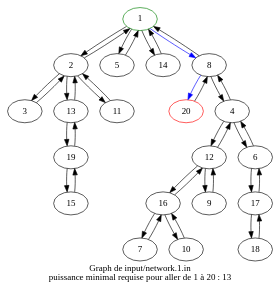
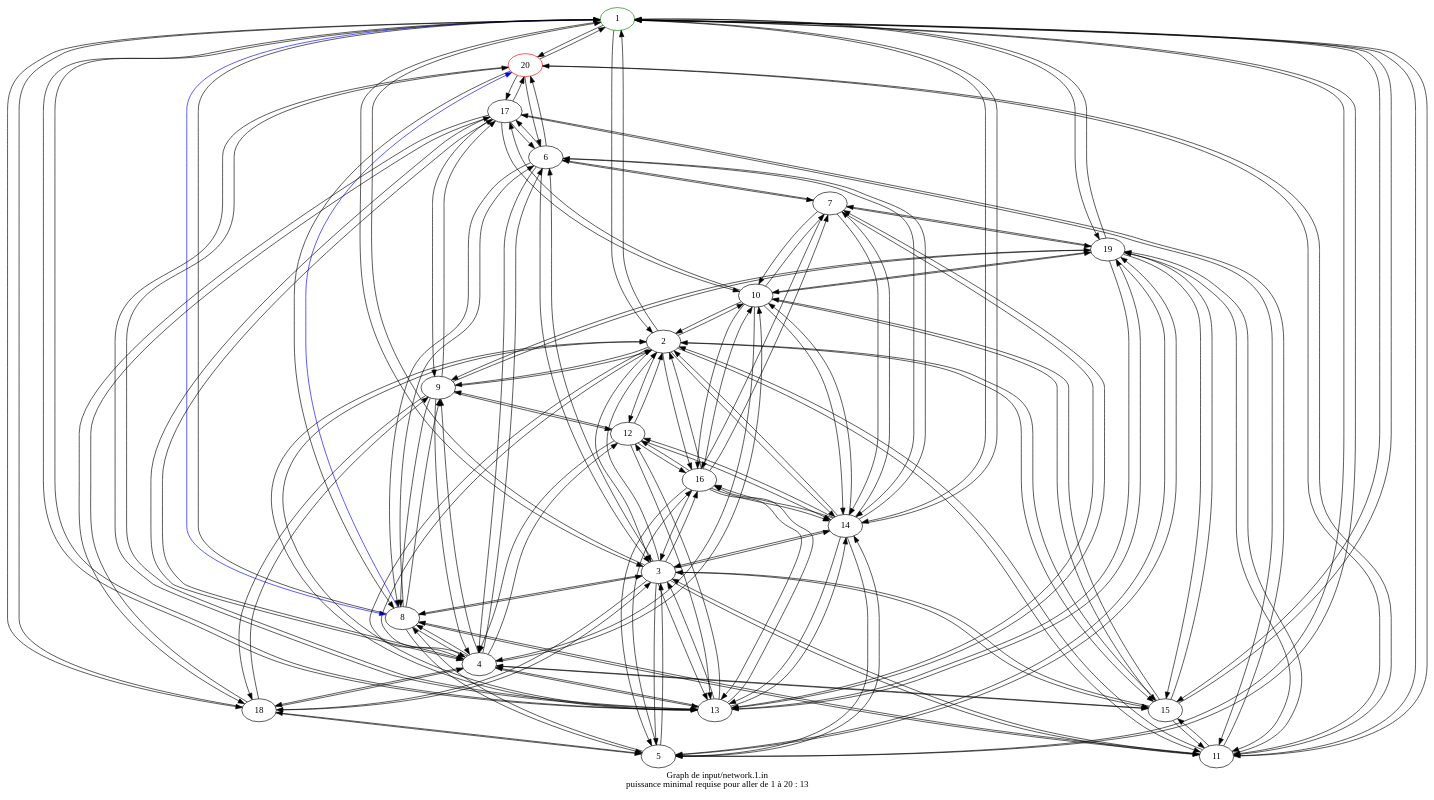
The diagram in representation_graph.gv (gabrieldeboerdere/ensae-prog23-1), drawn with Graphviz before and after one commit. The commit also changed 3 other files, not shown here.

```diff
--- a/representation_graph.gv
+++ b/representation_graph.gv
@@ -2,43 +2,205 @@
 	1 [color=green]
 	20 [color=red]
 	1 -> 2
+	1 -> 19
+	1 -> 13
 	1 -> 5
+	1 -> 3
+	1 -> 11
+	1 -> 18
 	1 -> 14
+	1 -> 15
+	1 -> 20
 	1 -> 8
+	1 -> 18
 	2 -> 1
 	2 -> 3
+	2 -> 4
+	2 -> 12
 	2 -> 13
+	2 -> 15
+	2 -> 16
 	2 -> 11
+	2 -> 4
+	2 -> 12
+	2 -> 9
+	2 -> 14
+	2 -> 10
 	3 -> 2
+	3 -> 5
+	3 -> 6
+	3 -> 13
+	3 -> 15
+	3 -> 14
+	3 -> 1
+	3 -> 16
+	3 -> 18
+	3 -> 18
+	3 -> 8
+	3 -> 8
+	3 -> 18
+	3 -> 11
+	4 -> 2
+	4 -> 17
+	4 -> 17
+	4 -> 15
+	4 -> 6
+	4 -> 13
+	4 -> 6
+	4 -> 10
+	4 -> 9
 	4 -> 12
 	4 -> 8
+	4 -> 2
 	4 -> 6
+	4 -> 18
+	5 -> 3
 	5 -> 1
+	5 -> 14
+	5 -> 19
+	5 -> 8
+	5 -> 18
+	5 -> 16
+	6 -> 3
+	6 -> 7
+	6 -> 8
+	6 -> 20
+	6 -> 4
+	6 -> 14
+	6 -> 4
 	6 -> 17
 	6 -> 4
+	7 -> 6
+	7 -> 10
+	7 -> 14
+	7 -> 13
+	7 -> 19
+	7 -> 14
 	7 -> 16
+	8 -> 6
+	8 -> 9
+	8 -> 11
+	8 -> 20
+	8 -> 11
+	8 -> 1
 	8 -> 4
-	8 -> 20
-	8 -> 1
+	8 -> 5
+	8 -> 3
+	8 -> 3
+	9 -> 8
+	9 -> 18
 	9 -> 12
+	9 -> 19
+	9 -> 4
+	9 -> 17
+	9 -> 12
+	9 -> 2
+	10 -> 7
 	10 -> 16
+	10 -> 4
+	10 -> 14
+	10 -> 15
+	10 -> 17
+	10 -> 19
+	10 -> 2
+	10 -> 19
+	11 -> 8
+	11 -> 15
+	11 -> 20
+	11 -> 1
+	11 -> 8
+	11 -> 17
+	11 -> 19
+	11 -> 19
+	11 -> 15
 	11 -> 2
-	12 -> 4
+	11 -> 17
+	11 -> 3
+	12 -> 2
+	12 -> 14
 	12 -> 9
 	12 -> 16
+	12 -> 9
+	12 -> 4
+	12 -> 13
+	12 -> 2
+	13 -> 3
+	13 -> 14
+	13 -> 1
 	13 -> 19
 	13 -> 2
+	13 -> 4
+	13 -> 16
+	13 -> 7
+	13 -> 16
+	13 -> 12
+	13 -> 20
+	14 -> 13
+	14 -> 12
+	14 -> 5
+	14 -> 3
 	14 -> 1
+	14 -> 6
+	14 -> 7
+	14 -> 10
+	14 -> 7
+	14 -> 2
+	14 -> 16
+	15 -> 11
+	15 -> 3
+	15 -> 4
+	15 -> 2
+	15 -> 1
+	15 -> 10
+	15 -> 11
 	15 -> 19
+	15 -> 19
+	16 -> 10
+	16 -> 3
+	16 -> 12
+	16 -> 13
+	16 -> 13
+	16 -> 2
 	16 -> 7
-	16 -> 12
-	16 -> 10
+	16 -> 5
+	16 -> 14
+	17 -> 4
+	17 -> 4
+	17 -> 20
 	17 -> 18
+	17 -> 20
+	17 -> 11
+	17 -> 9
+	17 -> 10
 	17 -> 6
+	17 -> 11
+	18 -> 9
+	18 -> 1
 	18 -> 17
+	18 -> 3
+	18 -> 3
+	18 -> 1
+	18 -> 5
+	18 -> 3
+	18 -> 4
+	19 -> 1
 	19 -> 13
+	19 -> 5
+	19 -> 9
+	19 -> 11
+	19 -> 11
+	19 -> 10
+	19 -> 7
 	19 -> 15
+	19 -> 15
+	19 -> 10
+	20 -> 11
+	20 -> 6
 	20 -> 8
+	20 -> 17
+	20 -> 17
+	20 -> 1
+	20 -> 13
 	1 -> 8 [color=blue]
 	8 -> 20 [color=blue]
 	label="Graph de input/network.1.in
```
